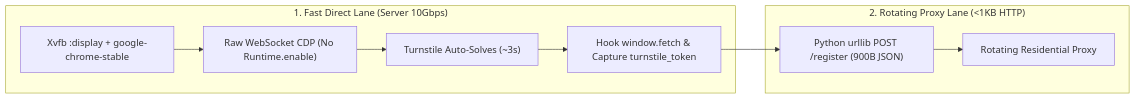
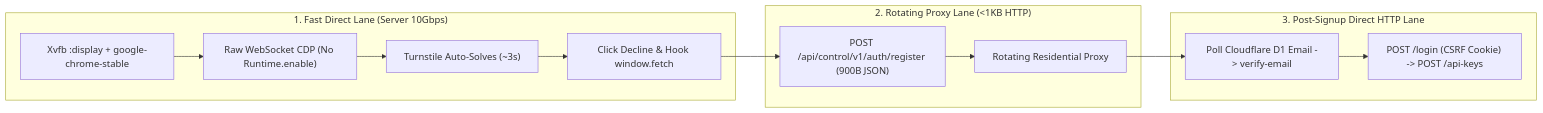
The diagram in README.md (ninja-c9/turnstile-raw-cdp), drawn with Mermaid before and after one commit. The commit also changed other lines of this file and 3 other files, not shown here.

````diff
--- a/README.md
+++ b/README.md
@@ -72,13 +73,18 @@
 ```mermaid
 flowchart LR
     subgraph Direct["1. Fast Direct Lane (Server 10Gbps)"]
         A["Xvfb :display + google-chrome-stable"] --> B["Raw WebSocket CDP (No Runtime.enable)"]
         B --> C["Turnstile Auto-Solves (~3s)"]
-        C --> D["Hook window.fetch & Capture turnstile_token"]
+        C --> D["Click Decline & Hook window.fetch"]
     end
 
     subgraph Proxy["2. Rotating Proxy Lane (<1KB HTTP)"]
-        D --> E["Python urllib POST /register (900B JSON)"]
+        D --> E["POST /api/control/v1/auth/register (900B JSON)"]
         E --> F["Rotating Residential Proxy"]
     end
+
+    subgraph FastHTTP["3. Post-Signup Direct HTTP Lane"]
+        F --> G["Poll Cloudflare D1 Email -> verify-email"]
+        G --> H["POST /login (CSRF Cookie) -> POST /api-keys"]
+    end
 ```
````
